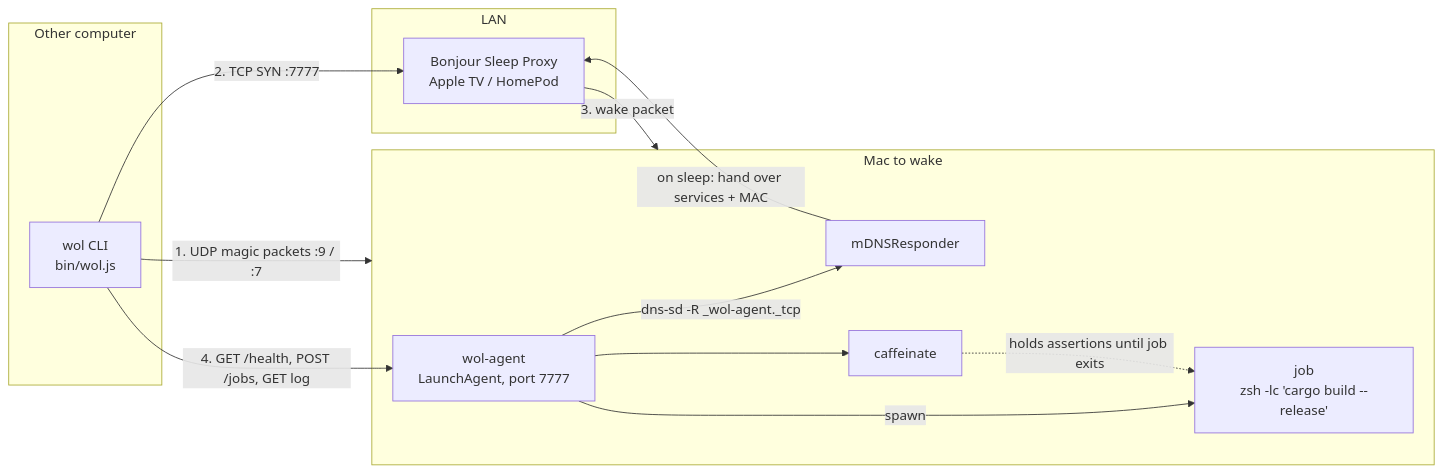
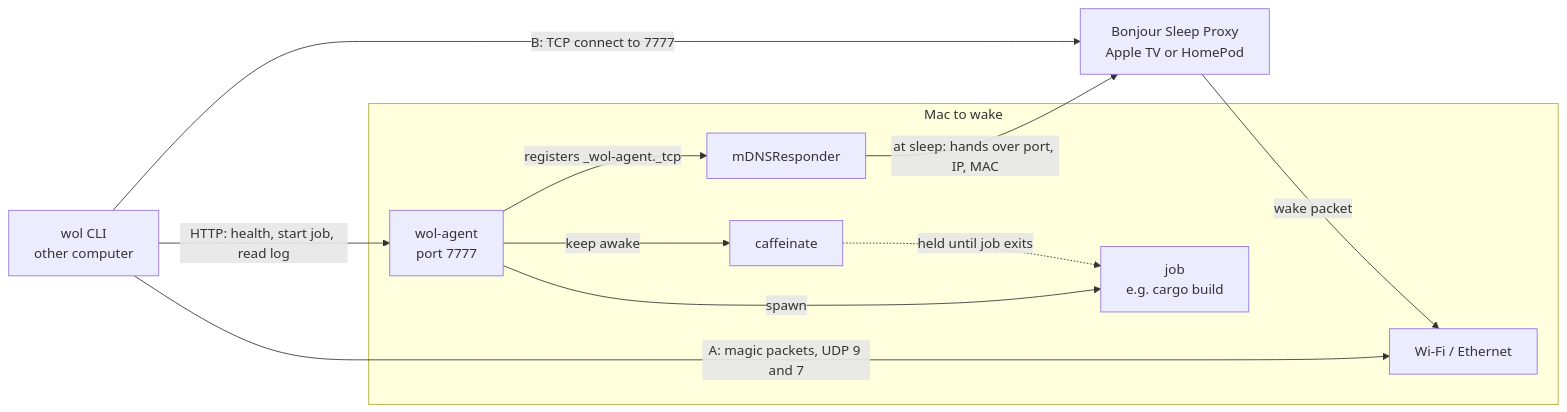
One commit to jasonmcaffee/wake-on-lan changed the second of 3 diagrams in README.md. Above: the diagram before and after it, drawn with Mermaid. The commit also changed other lines of this file and 18 other files, not shown here.

First line of the commit message:
Show diagrams as images and document sleep state and power use

````diff
--- a/README.md
+++ b/README.md
@@ -42,24 +109,21 @@
 ```mermaid
 flowchart LR
-  subgraph Remote["Other computer"]
-    CLI["wol CLI<br/>bin/wol.js"]
+  CLI["wol CLI<br/>other computer"]
+  SP["Bonjour Sleep Proxy<br/>Apple TV or HomePod"]
+  subgraph Mac["Mac to wake"]
+    NIC["Wi-Fi / Ethernet"]
+    MDNS["mDNSResponder"]
+    AGENT["wol-agent<br/>port 7777"]
+    CAF["caffeinate"]
+    JOB["job<br/>e.g. cargo build"]
   end
-  subgraph LAN
-    SP["Bonjour Sleep Proxy<br/>Apple TV / HomePod"]
-  end
-  subgraph Mac["Mac to wake"]
-    MDNS["mDNSResponder"]
-    AGENT["wol-agent<br/>LaunchAgent, port 7777"]
-    CAF["caffeinate"]
-    JOB["job<br/>zsh -lc 'cargo build --release'"]
-  end
-  AGENT -->|"dns-sd -R _wol-agent._tcp"| MDNS
-  MDNS -->|"on sleep: hand over services + MAC"| SP
-  CLI -->|"1. UDP magic packets :9 / :7"| Mac
-  CLI -->|"2. TCP SYN :7777"| SP
-  SP -->|"3. wake packet"| Mac
-  CLI -->|"4. GET /health, POST /jobs, GET log"| AGENT
-  AGENT --> CAF
-  AGENT -->|spawn| JOB
-  CAF -.->|"holds assertions until job exits"| JOB
+  AGENT -->|"registers _wol-agent._tcp"| MDNS
+  MDNS -->|"at sleep: hands over port, IP, MAC"| SP
+  CLI -->|"A: magic packets, UDP 9 and 7"| NIC
+  CLI -->|"B: TCP connect to 7777"| SP
+  SP -->|"wake packet"| NIC
+  CLI -->|"HTTP: health, start job, read log"| AGENT
+  AGENT -->|"keep awake"| CAF
+  AGENT -->|"spawn"| JOB
+  CAF -.->|"held until job exits"| JOB
 ```
````
